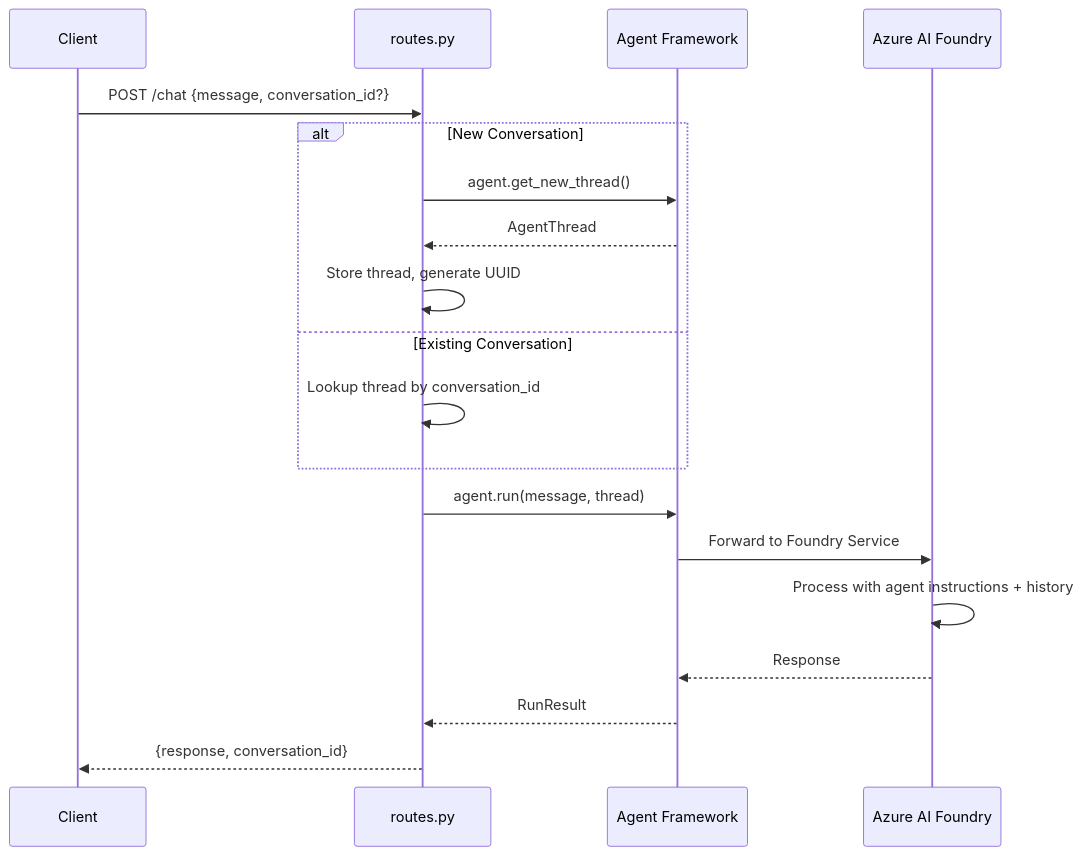
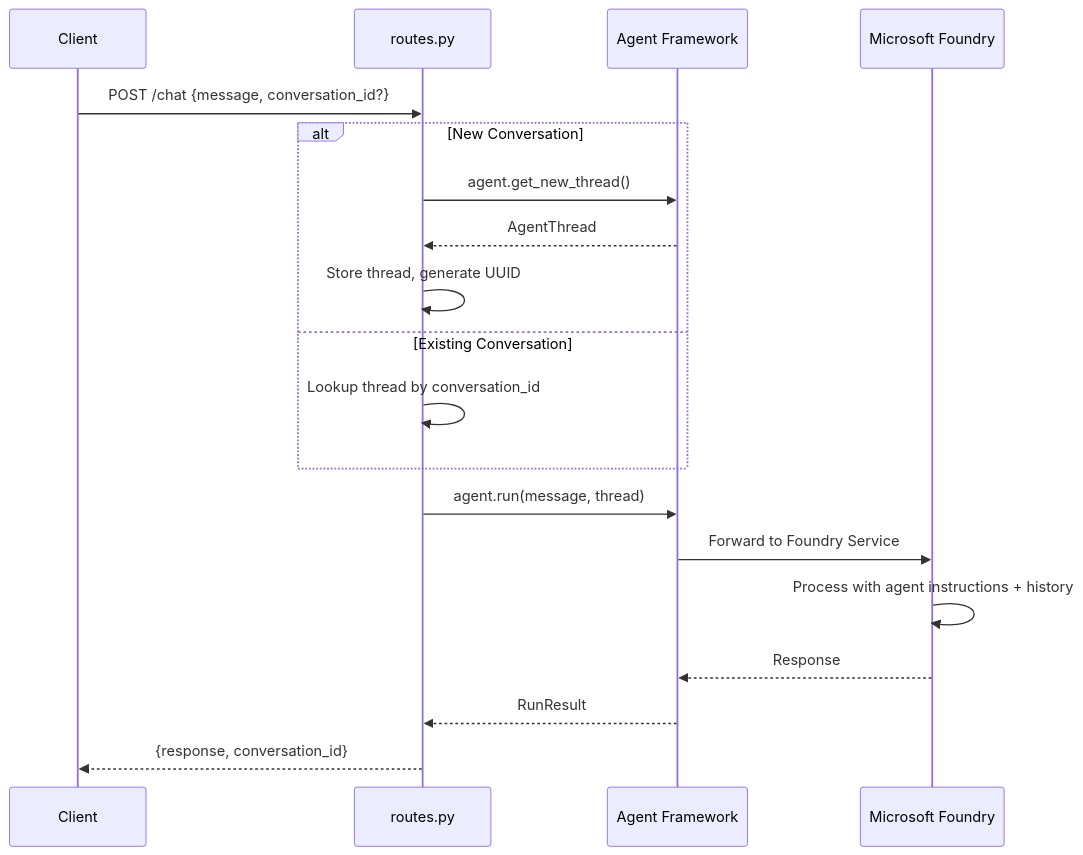
Before and after one commit to neo4j-partners/neo4j-azure-workshop: the third of 3 diagrams in docs/INFRA_ARCHITECTURE.md, drawn with Mermaid. The commit also changed other lines of this file and 36 other files, not shown here.

````diff
--- a/docs/INFRA_ARCHITECTURE.md
+++ b/docs/INFRA_ARCHITECTURE.md
@@ -270,24 +270,24 @@
 ```mermaid
 sequenceDiagram
     participant C as Client
     participant R as routes.py
     participant A as Agent Framework
-    participant F as Azure AI Foundry
+    participant F as Microsoft Foundry
 
     C->>R: POST /chat {message, conversation_id?}
 
     alt New Conversation
         R->>A: agent.get_new_thread()
         A-->>R: AgentThread
         R->>R: Store thread, generate UUID
     else Existing Conversation
         R->>R: Lookup thread by conversation_id
     end
 
     R->>A: agent.run(message, thread)
     A->>F: Forward to Foundry Service
     F->>F: Process with agent instructions + history
     F-->>A: Response
     A-->>R: RunResult
     R-->>C: {response, conversation_id}
 ```
````
